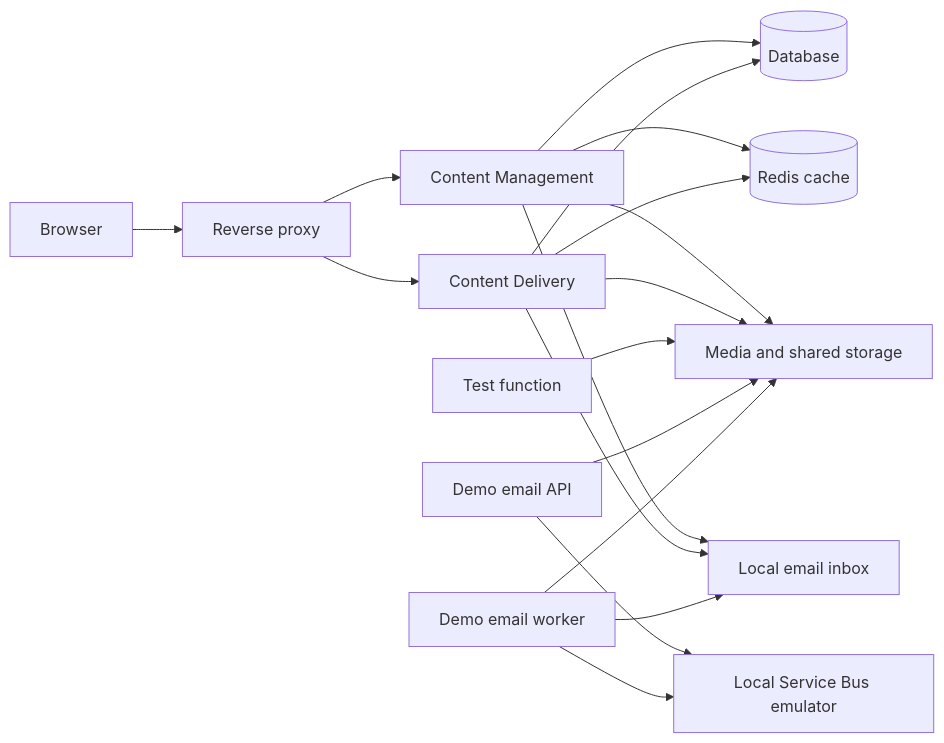
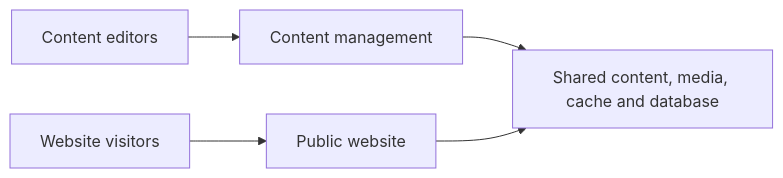
One commit to hallojoe/defaults-for-umbraco changed the diagram in README.md. Above: the diagram before and after it, drawn with Mermaid. The commit also changed other lines of this file and 10 other files, not shown here.

````diff
--- a/README.md
+++ b/README.md
@@ -26,23 +7,7 @@
 ```mermaid
 flowchart LR
-    Browser[Browser] --> Proxy[Reverse proxy]
-    Proxy --> CM[Content Management]
-    Proxy --> CD[Content Delivery]
-
-    CM --> SQL[(Database)]
-    CD --> SQL
-    CM --> Redis[(Redis cache)]
-    CD --> Redis
-    CM --> Storage[Media and shared storage]
-    CD --> Storage
-    CM --> Mailpit[Local email inbox]
-    CD --> Mailpit
-
-    Functions[Test function] --> Storage
-
-    EmailApi[Demo email API] --> Storage
-    EmailApi --> ServiceBus[Local Service Bus emulator]
-    EmailWorker[Demo email worker] --> ServiceBus
-    EmailWorker --> Storage
-    EmailWorker --> Mailpit
+    Editors[Content editors] --> CM[Content management]
+    Visitors[Website visitors] --> CD[Public website]
+    CM --> Shared[Shared content, media, cache and database]
+    CD --> Shared
 ```
````
